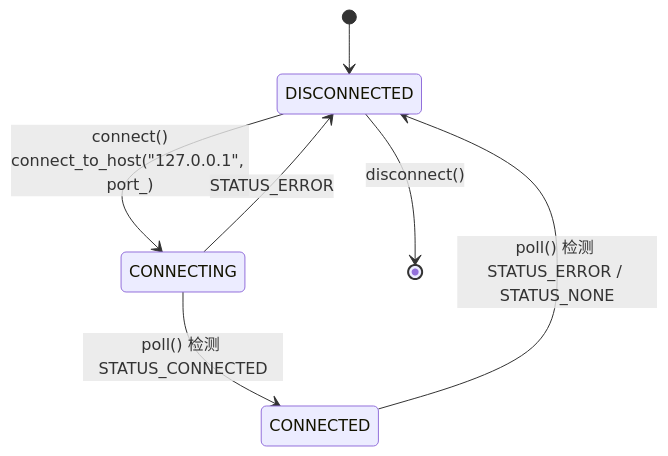
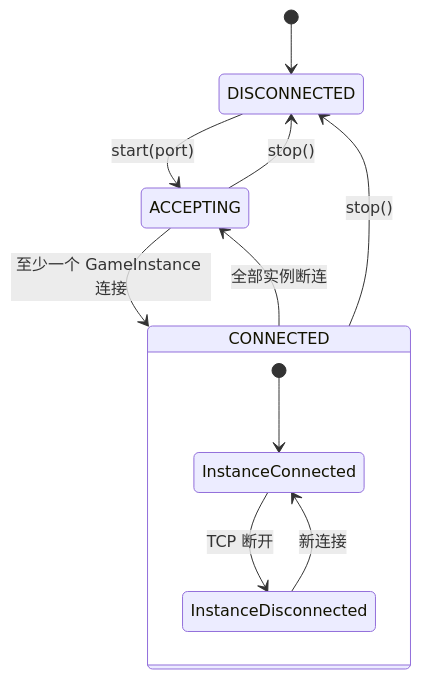
Before and after one commit to jesspig/GodotMCP-GDExtension: the first of 2 diagrams in .repo_wiki/modules/runtime-bridge.md, drawn with Mermaid. The commit also changed other lines of this file and 30 other files, not shown here.

````diff
--- a/.repo_wiki/modules/runtime-bridge.md
+++ b/.repo_wiki/modules/runtime-bridge.md
@@ -63,9 +70,15 @@
 ```mermaid
 stateDiagram-v2
     [*] --> DISCONNECTED
-    DISCONNECTED --> CONNECTING: connect()<br/>connect_to_host("127.0.0.1", port_)
-    CONNECTING --> CONNECTED: poll() 检测 STATUS_CONNECTED
-    CONNECTING --> DISCONNECTED: STATUS_ERROR
-    CONNECTED --> DISCONNECTED: poll() 检测 STATUS_ERROR / STATUS_NONE
-    DISCONNECTED --> [*]: disconnect()
+    DISCONNECTED --> ACCEPTING: start(port)
+    ACCEPTING --> CONNECTED: 至少一个 GameInstance 连接
+    CONNECTED --> ACCEPTING: 全部实例断连
+    ACCEPTING --> DISCONNECTED: stop()
+    CONNECTED --> DISCONNECTED: stop()
+
+    state CONNECTED {
+        [*] --> InstanceConnected
+        InstanceConnected --> InstanceDisconnected: TCP 断开
+        InstanceDisconnected --> InstanceConnected: 新连接
+    }
 ```
````
